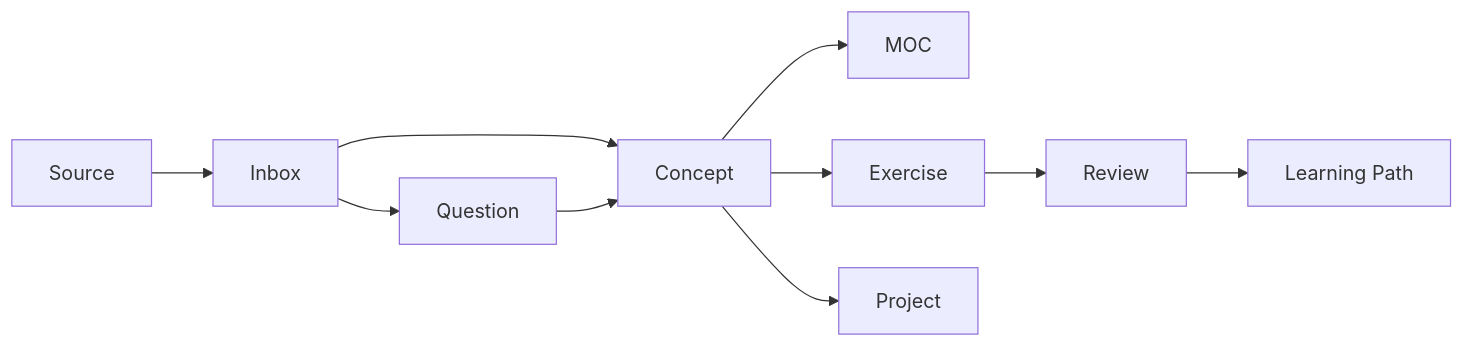
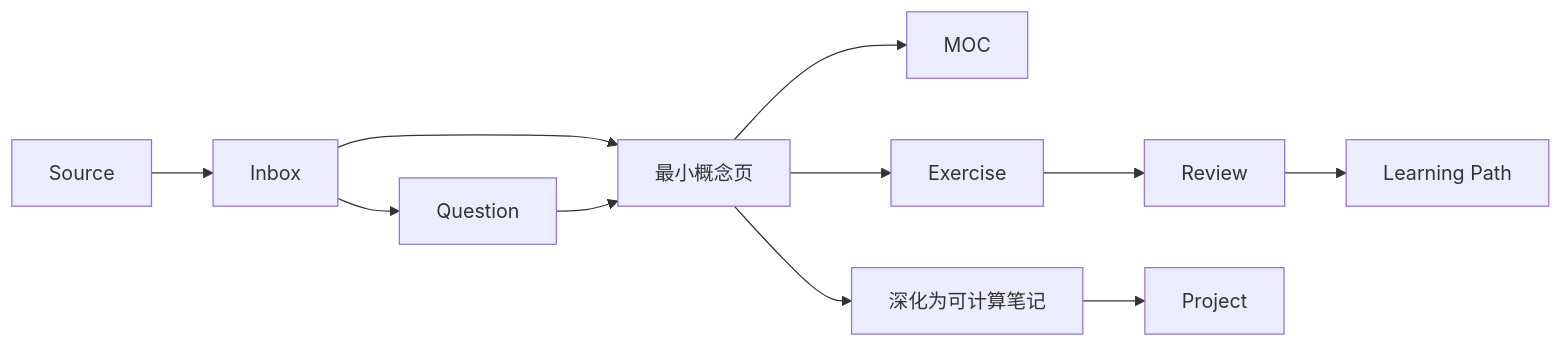
Before and after one commit to kangbeicai/math-knowledge-vault: the diagram in 05 Meta/知识库架构 V2.md, drawn with Mermaid. The commit also changed other lines of this file and 11 other files, not shown here.

````diff
--- a/05 Meta/知识库架构 V2.md
+++ b/05 Meta/知识库架构 V2.md
@@ -50,12 +68,13 @@
 ```mermaid
 flowchart LR
     S[Source] --> I[Inbox]
-    I --> C[Concept]
+    I --> C[最小概念页]
     I --> Q[Question]
     C --> M[MOC]
     C --> E[Exercise]
+    C --> D[深化为可计算笔记]
     Q --> C
     E --> R[Review]
     R --> P[Learning Path]
-    C --> J[Project]
+    D --> J[Project]
 ```
````
